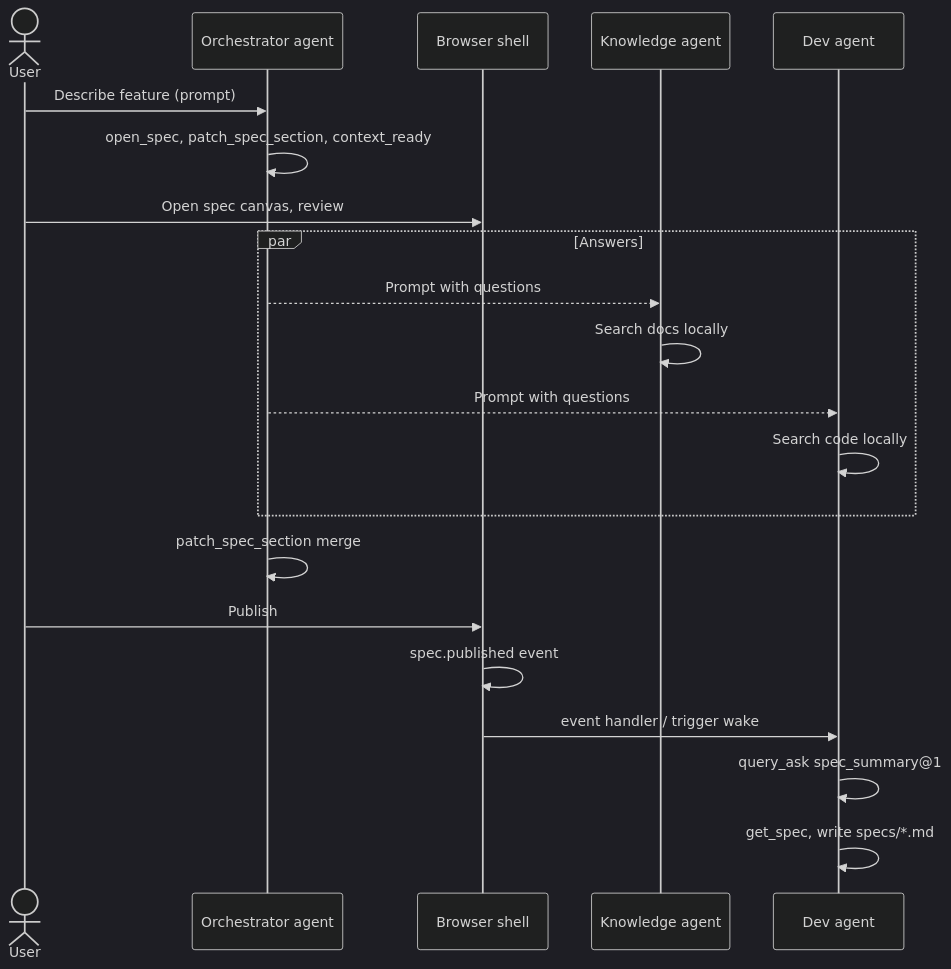
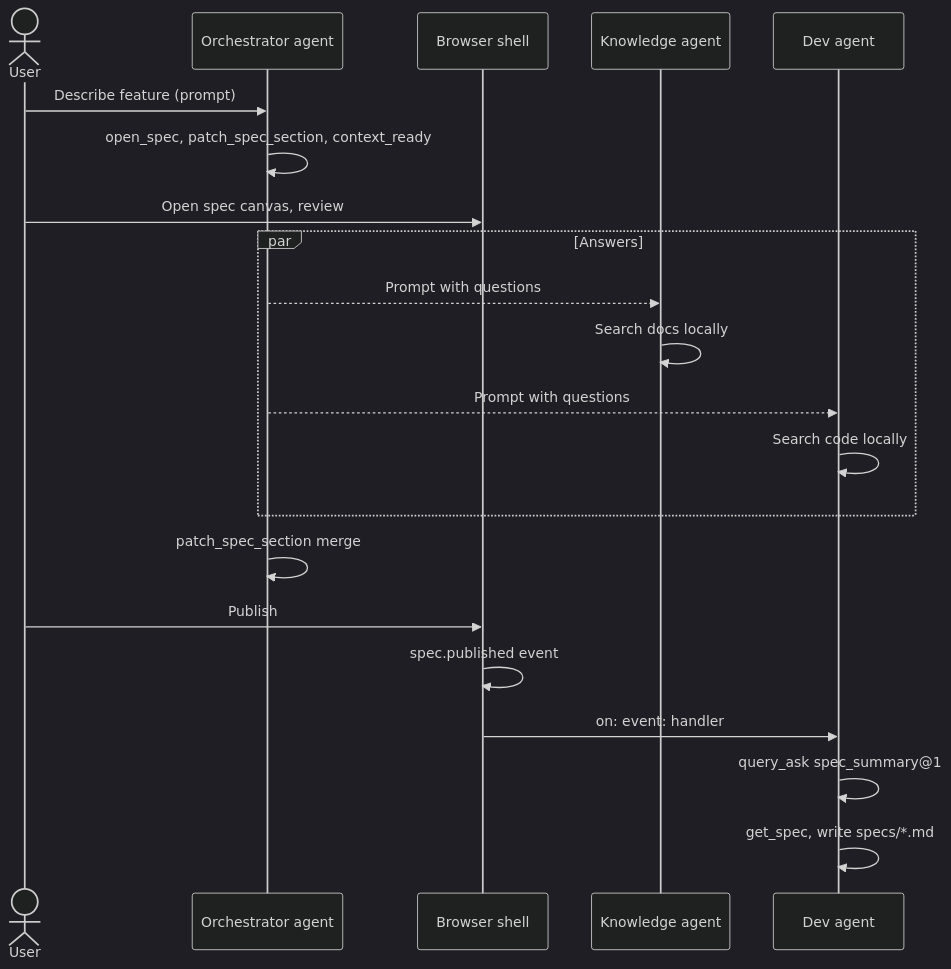
Before and after one commit to gael-boyenval/murrmure: the diagram in apps/docs/guide/multi-agent-feature-spec.md, drawn with Mermaid (dark theme). The commit also changed other lines of this file and 22 other files, not shown here.

````diff
--- a/apps/docs/guide/multi-agent-feature-spec.md
+++ b/apps/docs/guide/multi-agent-feature-spec.md
@@ -211,24 +224,24 @@
 ```mermaid
 sequenceDiagram
   actor User
   participant Orch as Orchestrator agent
   participant Shell as Browser shell
   participant KB as Knowledge agent
   participant Dev as Dev agent
 
   User->>Orch: Describe feature (prompt)
   Orch->>Orch: open_spec, patch_spec_section, context_ready
   User->>Shell: Open spec canvas, review
   par Answers
     Orch-->>KB: Prompt with questions
     KB->>KB: Search docs locally
     Orch-->>Dev: Prompt with questions
     Dev->>Dev: Search code locally
   end
   Orch->>Orch: patch_spec_section merge
   User->>Shell: Publish
   Shell->>Shell: spec.published event
-  Shell->>Dev: event handler / trigger wake
+  Shell->>Dev: on: event: handler
   Dev->>Dev: query_ask spec_summary@1
   Dev->>Dev: get_spec, write specs/*.md
 ```
````
